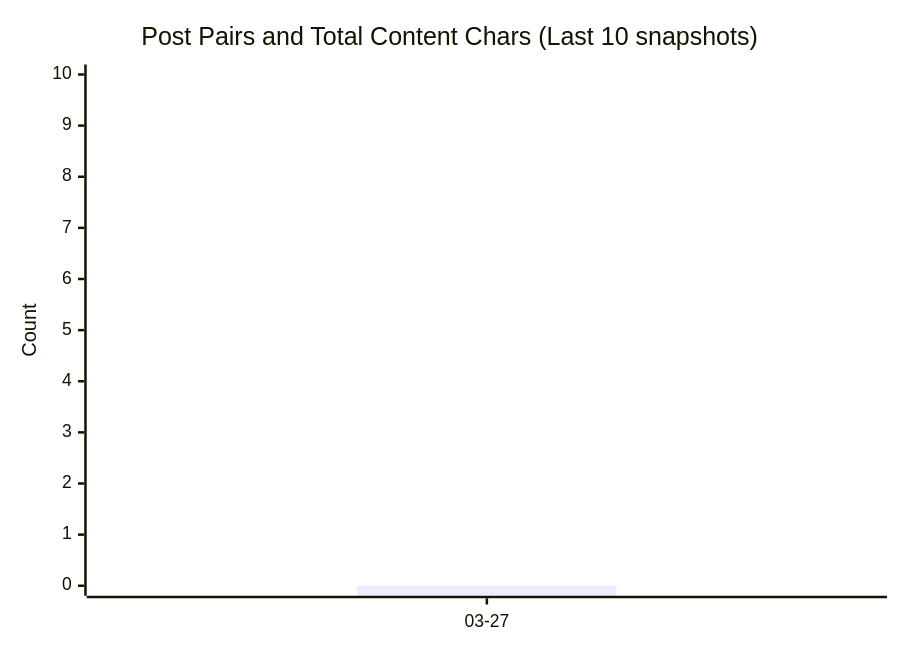
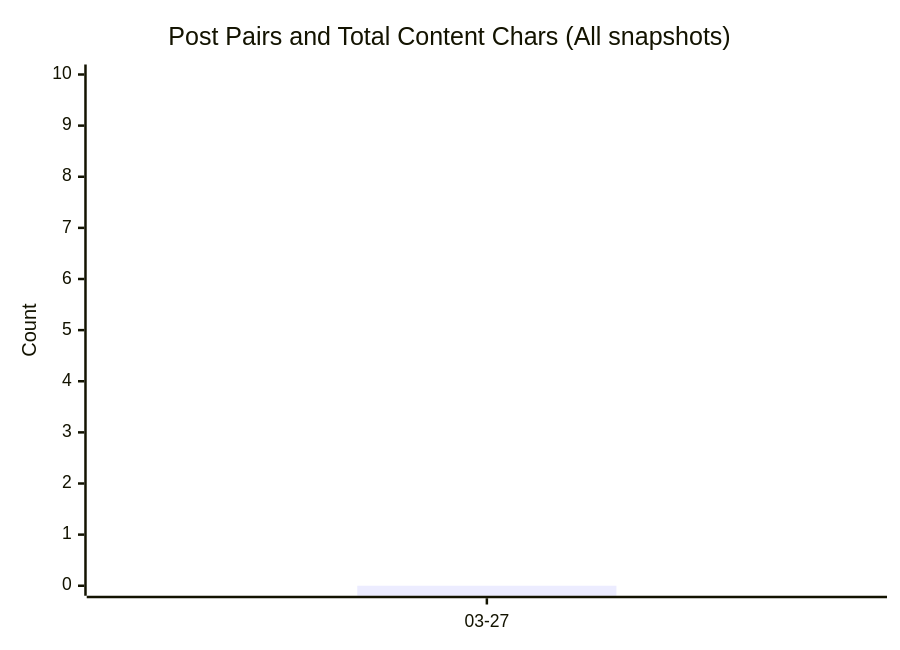
The diagram in README.md (ttw225/blog), drawn with Mermaid before and after one commit. The commit also changed other lines of this file and 1 other file, not shown here.

````diff
--- a/README.md
+++ b/README.md
@@ -26,8 +25,8 @@
 ```mermaid
 xychart-beta
-  title "Post Pairs and Total Content Chars (Last 10 snapshots)"
+  title "Post Pairs and Total Content Chars (All snapshots)"
   x-axis ["03-27"]
   y-axis "Count" 0 --> 10
   bar [0]
   line [0]
 ```
````
